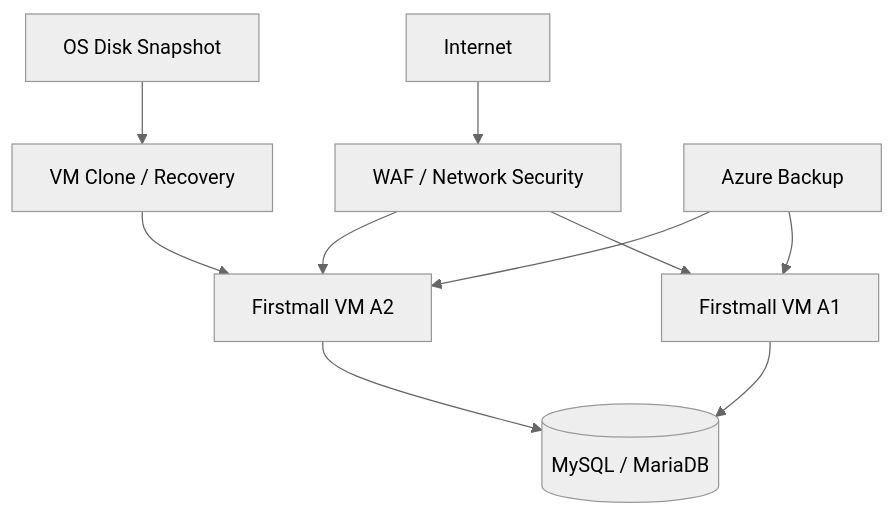
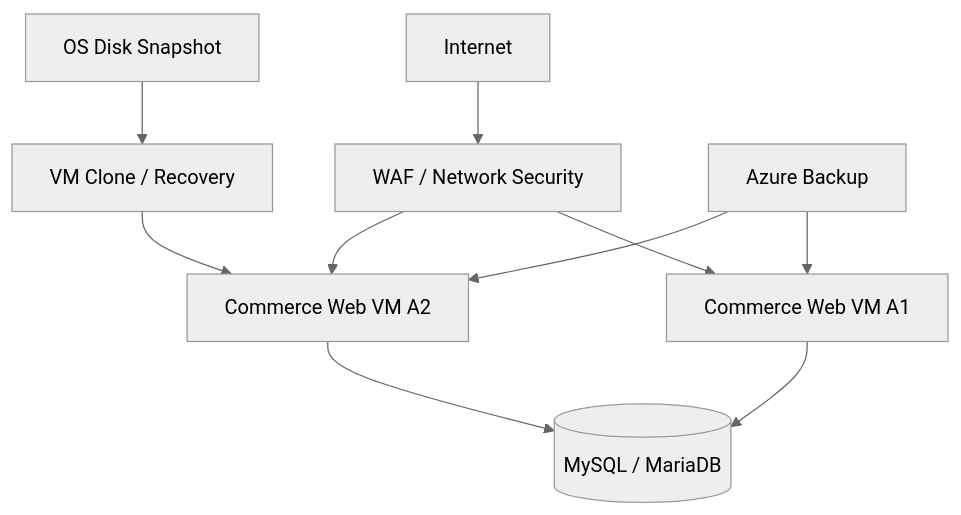
The second of 4 diagrams in content/03_PROJECTS/2023-milvus-azure-infra.md (min-ser/min-ser.github.io), drawn with Mermaid (neutral theme) before and after one commit. The commit also changed other lines of this file and 34 other files, not shown here.

````diff
--- a/content/03_PROJECTS/2023-milvus-azure-infra.md
+++ b/content/03_PROJECTS/2023-milvus-azure-infra.md
@@ -51,12 +51,12 @@
 ```mermaid
 flowchart TB
     INTERNET[Internet] --> WAF[WAF / Network Security]
-    WAF --> VM1[Firstmall VM A1]
-    WAF --> VM2[Firstmall VM A2]
+    WAF --> VM1[Commerce Web VM A1]
+    WAF --> VM2[Commerce Web VM A2]
     VM1 --> DB[(MySQL / MariaDB)]
     VM2 --> DB
     SNAP[OS Disk Snapshot] --> CLONE[VM Clone / Recovery]
     CLONE --> VM2
     BACKUP[Azure Backup] --> VM1
     BACKUP --> VM2
 ```
````
